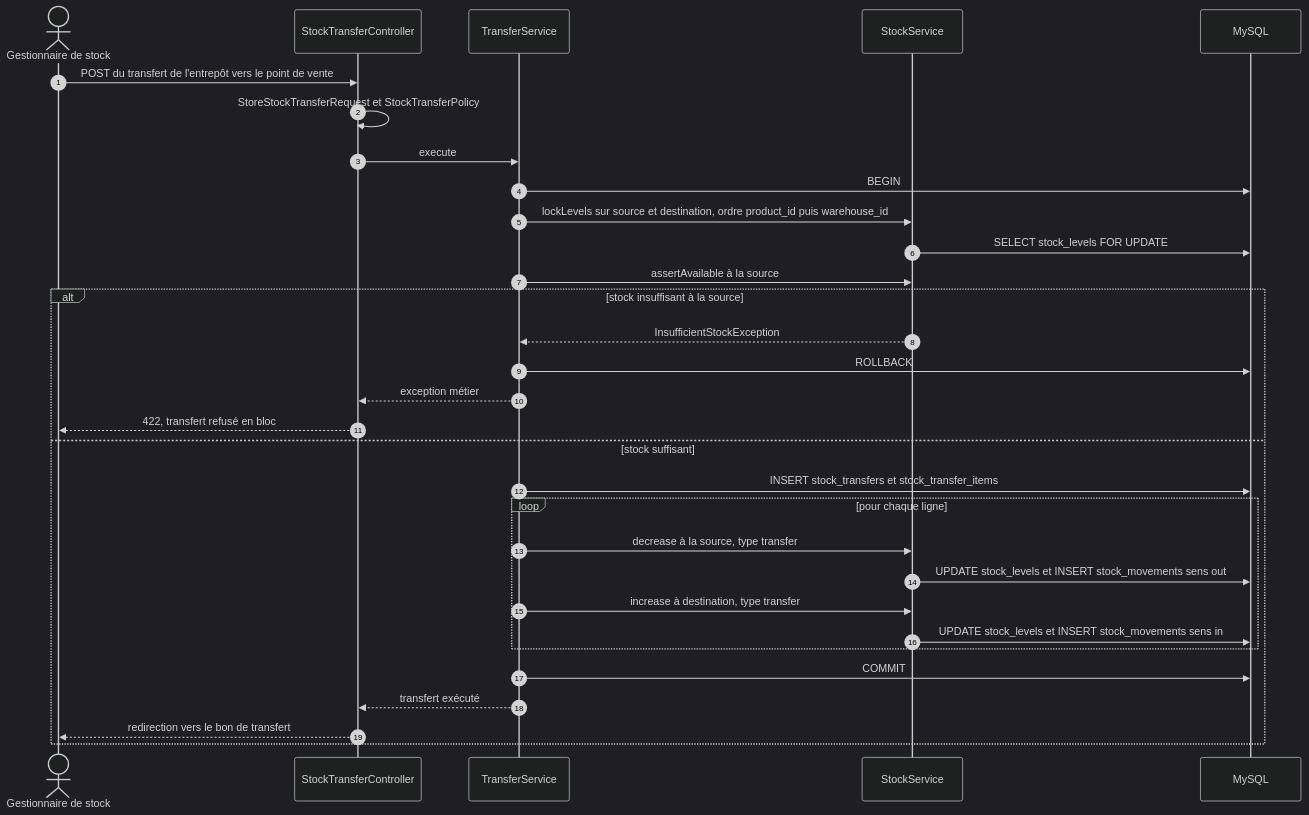
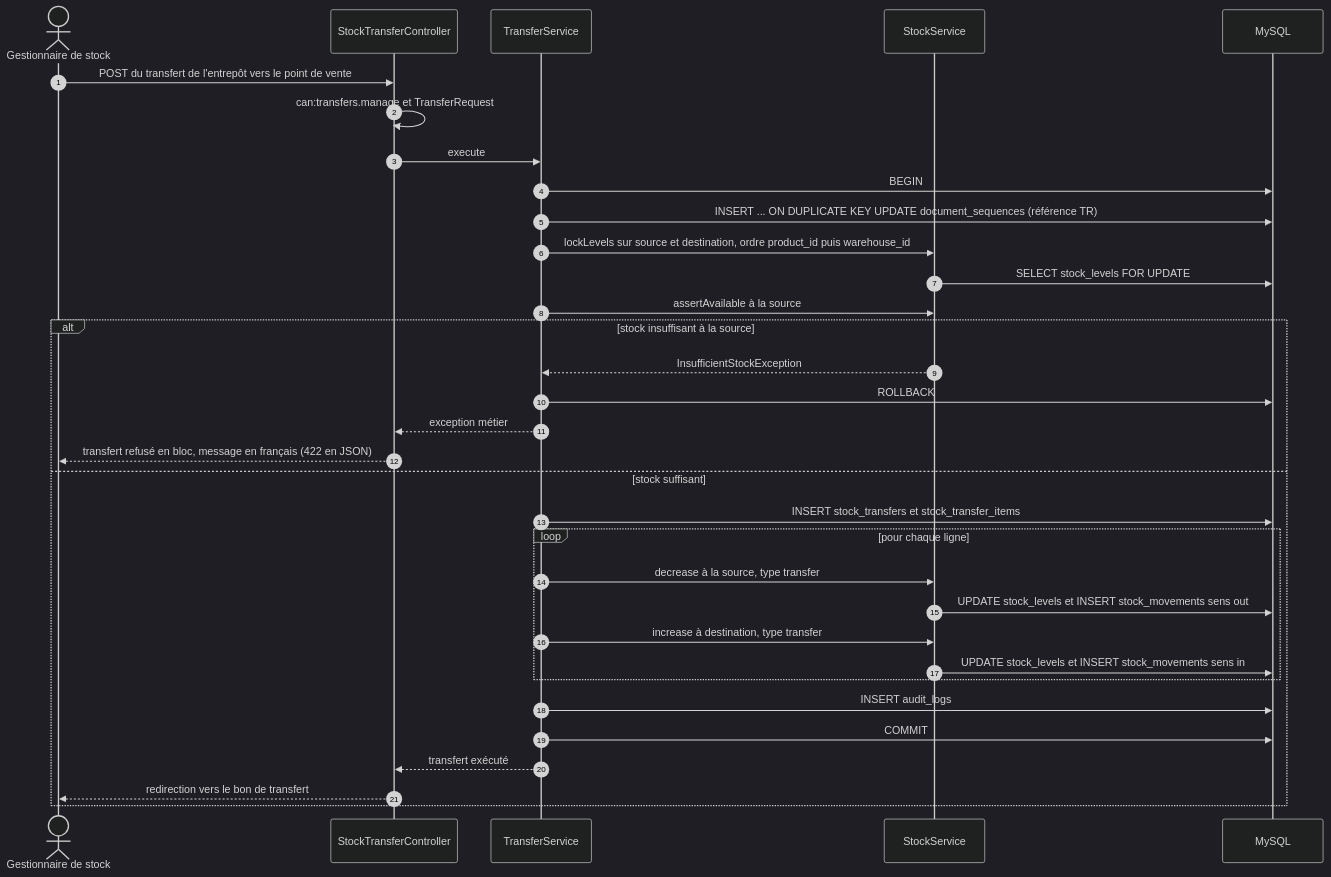
The sixth of 7 diagrams in docs/02-architecture/system-architecture.md (ivan9802/StockfLow), drawn with Mermaid (dark theme) before and after one commit. The commit also changed other lines of this file and 15 other files, not shown here.

````diff
--- a/docs/02-architecture/system-architecture.md
+++ b/docs/02-architecture/system-architecture.md
@@ -546,34 +604,36 @@
 ```mermaid
 sequenceDiagram
     autonumber
     actor G as Gestionnaire de stock
     participant C as StockTransferController
     participant T as TransferService
     participant K as StockService
     participant DB as MySQL
 
     G->>C: POST du transfert de l'entrepôt vers le point de vente
-    C->>C: StoreStockTransferRequest et StockTransferPolicy
+    C->>C: can:transfers.manage et TransferRequest
     C->>T: execute
     T->>DB: BEGIN
+    T->>DB: INSERT ... ON DUPLICATE KEY UPDATE document_sequences (référence TR)
     T->>K: lockLevels sur source et destination, ordre product_id puis warehouse_id
     K->>DB: SELECT stock_levels FOR UPDATE
     T->>K: assertAvailable à la source
     alt stock insuffisant à la source
         K-->>T: InsufficientStockException
         T->>DB: ROLLBACK
         T-->>C: exception métier
-        C-->>G: 422, transfert refusé en bloc
+        C-->>G: transfert refusé en bloc, message en français (422 en JSON)
     else stock suffisant
         T->>DB: INSERT stock_transfers et stock_transfer_items
         loop pour chaque ligne
             T->>K: decrease à la source, type transfer
             K->>DB: UPDATE stock_levels et INSERT stock_movements sens out
             T->>K: increase à destination, type transfer
             K->>DB: UPDATE stock_levels et INSERT stock_movements sens in
         end
+        T->>DB: INSERT audit_logs
         T->>DB: COMMIT
         T-->>C: transfert exécuté
         C-->>G: redirection vers le bon de transfert
     end
 ```
````
